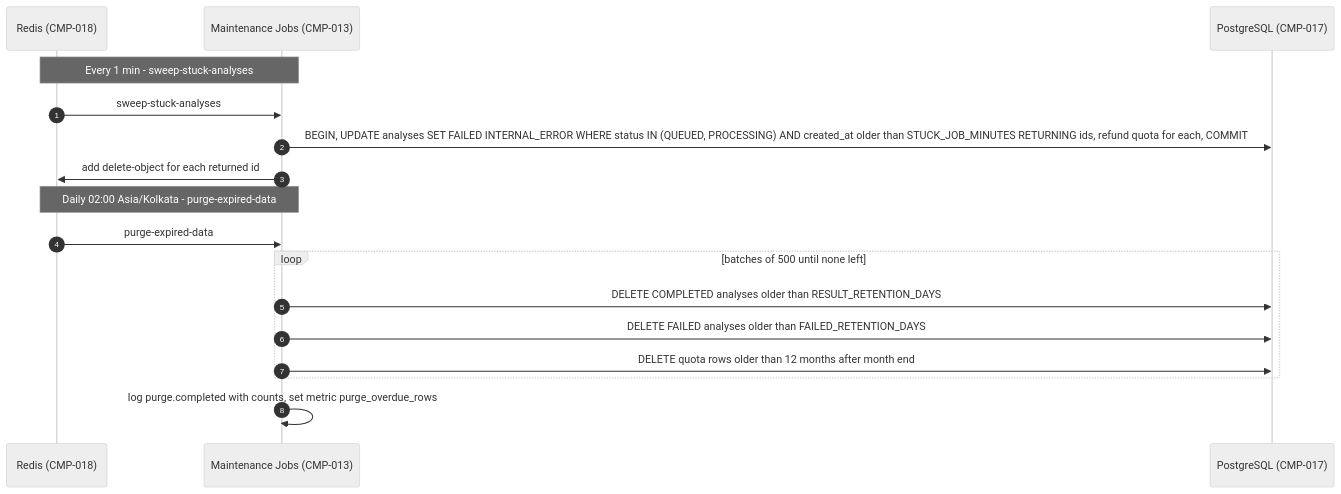
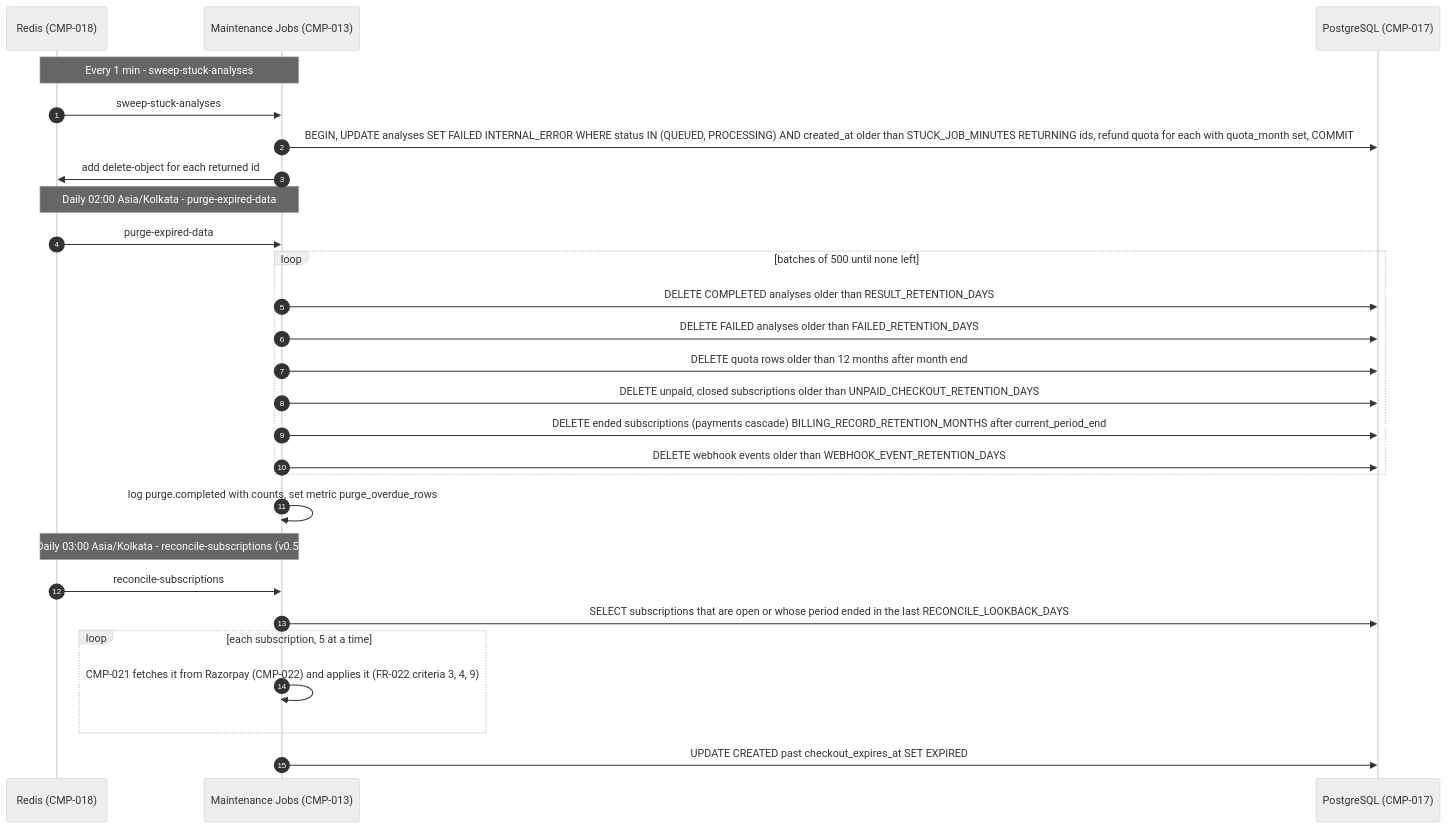
The eighth of 13 diagrams in pratiksha/spec.md (divii-school/spec-homework), drawn with Mermaid (neutral theme) before and after one commit. The commit also changed other lines of this file and 1 other file, not shown here.

Commit message:
round 2: update architecture, DB, API, traceability and change log for Resume Pro (v0.5)

````diff
--- a/pratiksha/spec.md
+++ b/pratiksha/spec.md
@@ -1135,19 +1167,29 @@
 ```mermaid
 sequenceDiagram
   autonumber
   participant R as Redis (CMP-018)
   participant M as Maintenance Jobs (CMP-013)
   participant P as PostgreSQL (CMP-017)
   Note over R,M: Every 1 min - sweep-stuck-analyses
   R->>M: sweep-stuck-analyses
-  M->>P: BEGIN, UPDATE analyses SET FAILED INTERNAL_ERROR WHERE status IN (QUEUED, PROCESSING) AND created_at older than STUCK_JOB_MINUTES RETURNING ids, refund quota for each, COMMIT
+  M->>P: BEGIN, UPDATE analyses SET FAILED INTERNAL_ERROR WHERE status IN (QUEUED, PROCESSING) AND created_at older than STUCK_JOB_MINUTES RETURNING ids, refund quota for each with quota_month set, COMMIT
   M->>R: add delete-object for each returned id
   Note over R,M: Daily 02:00 Asia/Kolkata - purge-expired-data
   R->>M: purge-expired-data
   loop batches of 500 until none left
     M->>P: DELETE COMPLETED analyses older than RESULT_RETENTION_DAYS
     M->>P: DELETE FAILED analyses older than FAILED_RETENTION_DAYS
     M->>P: DELETE quota rows older than 12 months after month end
+    M->>P: DELETE unpaid, closed subscriptions older than UNPAID_CHECKOUT_RETENTION_DAYS
+    M->>P: DELETE ended subscriptions (payments cascade) BILLING_RECORD_RETENTION_MONTHS after current_period_end
+    M->>P: DELETE webhook events older than WEBHOOK_EVENT_RETENTION_DAYS
   end
   M->>M: log purge.completed with counts, set metric purge_overdue_rows
+  Note over R,M: Daily 03:00 Asia/Kolkata - reconcile-subscriptions (v0.5)
+  R->>M: reconcile-subscriptions
+  M->>P: SELECT subscriptions that are open or whose period ended in the last RECONCILE_LOOKBACK_DAYS
+  loop each subscription, 5 at a time
+    M->>M: CMP-021 fetches it from Razorpay (CMP-022) and applies it (FR-022 criteria 3, 4, 9)
+  end
+  M->>P: UPDATE CREATED past checkout_expires_at SET EXPIRED
 ```
````
